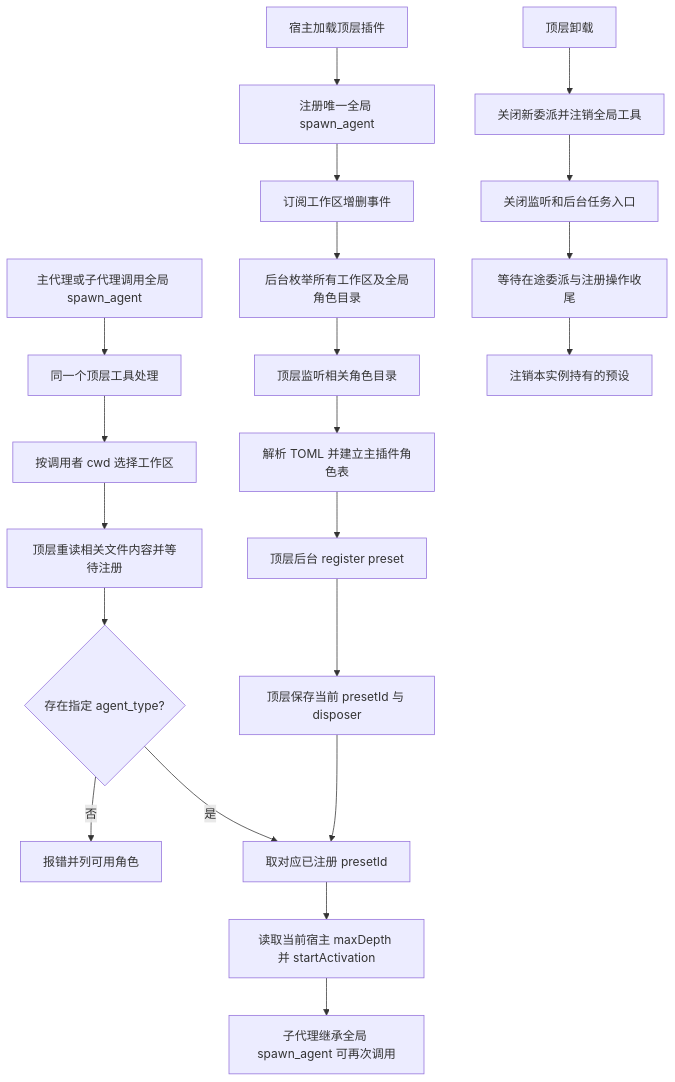
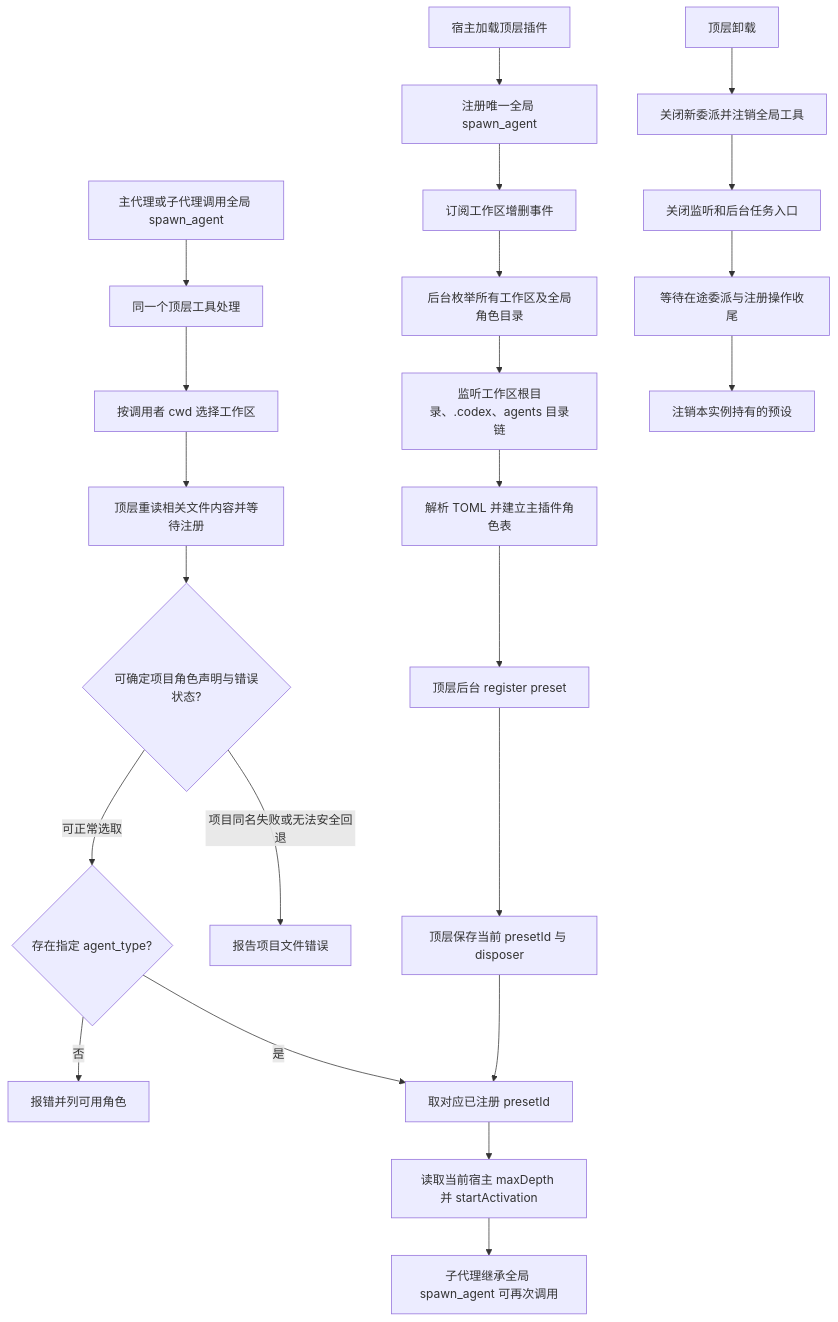
The diagram in plan/dsh-codex-agents.md (RekiDunois/dsh-codex-agents), drawn with Mermaid before and after one commit. The commit also changed other lines of this file, not shown here.

````diff
--- a/plan/dsh-codex-agents.md
+++ b/plan/dsh-codex-agents.md
@@ -78,23 +84,25 @@
 ```mermaid
 flowchart TD
   A[宿主加载顶层插件] --> B[注册唯一全局 spawn_agent]
   B --> C[订阅工作区增删事件]
   C --> D[后台枚举所有工作区及全局角色目录]
-  D --> W[顶层监听相关角色目录]
+  D --> W[监听工作区根目录、.codex、agents 目录链]
   W --> E[解析 TOML 并建立主插件角色表]
   E --> F[顶层后台 register preset]
   F --> G[顶层保存当前 presetId 与 disposer]
   H[主代理或子代理调用全局 spawn_agent] --> I[同一个顶层工具处理]
   I --> J[按调用者 cwd 选择工作区]
   J --> K[顶层重读相关文件内容并等待注册]
-  K --> L{存在指定 agent_type?}
+  K --> PE{可确定项目角色声明与错误状态?}
+  PE -->|项目同名失败或无法安全回退| ER[报告项目文件错误]
+  PE -->|可正常选取| L{存在指定 agent_type?}
   L -->|否| M[报错并列可用角色]
   L -->|是| N[取对应已注册 presetId]
   G --> N
   N --> O[读取当前宿主 maxDepth 并 startActivation]
   O --> P[子代理继承全局 spawn_agent 可再次调用]
   Q[顶层卸载] --> R[关闭新委派并注销全局工具]
   R --> S[关闭监听和后台任务入口]
   S --> T[等待在途委派与注册操作收尾]
   T --> U[注销本实例持有的预设]
 ```
````
